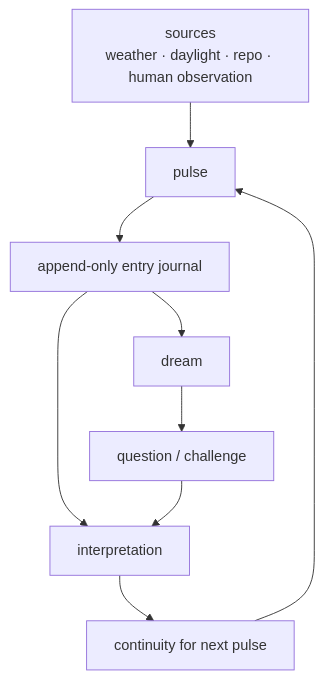
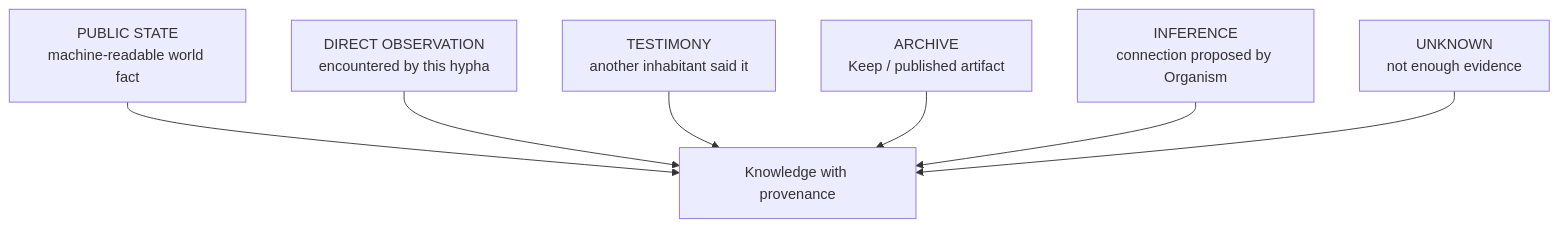
The second of 8 diagrams in branches/frontier-hypha/README.md (mackeymootsa/gaian-chronicle), drawn with Mermaid before and after one commit. The commit also changed other lines of this file, not shown here.

Commit message:
Reframe Frontier Hypha around living civilizational memory

````diff
--- a/branches/frontier-hypha/README.md
+++ b/branches/frontier-hypha/README.md
@@ -86,11 +200,16 @@
 ```mermaid
 flowchart TD
-    S["sources<br/>weather · daylight · repo · human observation"] --> P["pulse"]
-    P --> E["append-only entry journal"]
-    E --> I["interpretation"]
-    E --> D["dream"]
-    D --> Q["question / challenge"]
-    Q --> I
-    I --> C["continuity for next pulse"]
-    C --> P
+    P["PUBLIC STATE<br/>machine-readable world fact"]
+    O["DIRECT OBSERVATION<br/>encountered by this hypha"]
+    T["TESTIMONY<br/>another inhabitant said it"]
+    A["ARCHIVE<br/>Keep / published artifact"]
+    I["INFERENCE<br/>connection proposed by Organism"]
+    U["UNKNOWN<br/>not enough evidence"]
+
+    P --> K["Knowledge with provenance"]
+    O --> K
+    T --> K
+    A --> K
+    I --> K
+    U --> K
 ```
````
